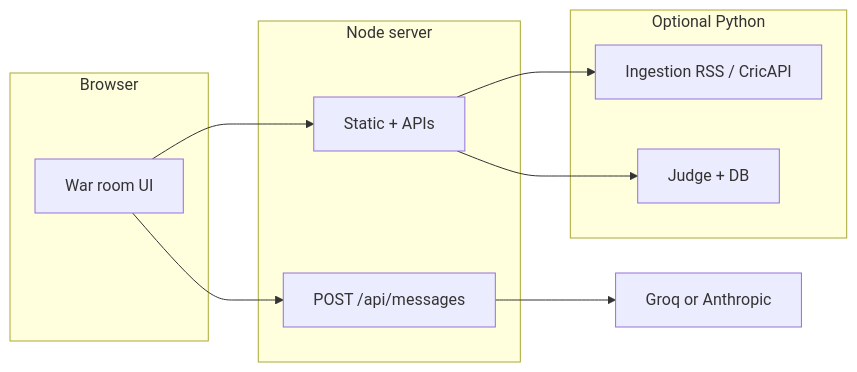
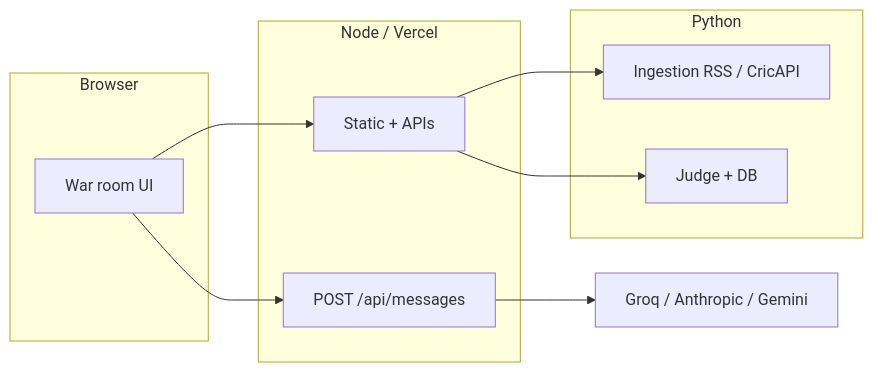
Before and after one commit to vishal002/Multi-agent-prediction: the diagram in README.md, drawn with Mermaid. The commit also changed other lines of this file and 1 other file, not shown here.

````diff
--- a/README.md
+++ b/README.md
@@ -25,19 +21,19 @@
 ```mermaid
 flowchart LR
   subgraph browser [Browser]
     UI[War room UI]
   end
-  subgraph node [Node server]
+  subgraph node [Node / Vercel]
     S[Static + APIs]
     LLM[POST /api/messages]
   end
-  subgraph py [Optional Python]
+  subgraph py [Python]
     ING[Ingestion RSS / CricAPI]
     JDG[Judge + DB]
   end
   UI --> S
   UI --> LLM
   S --> ING
   S --> JDG
-  LLM --> GROQ[Groq or Anthropic]
+  LLM --> GROQ[Groq / Anthropic / Gemini]
 ```
````
